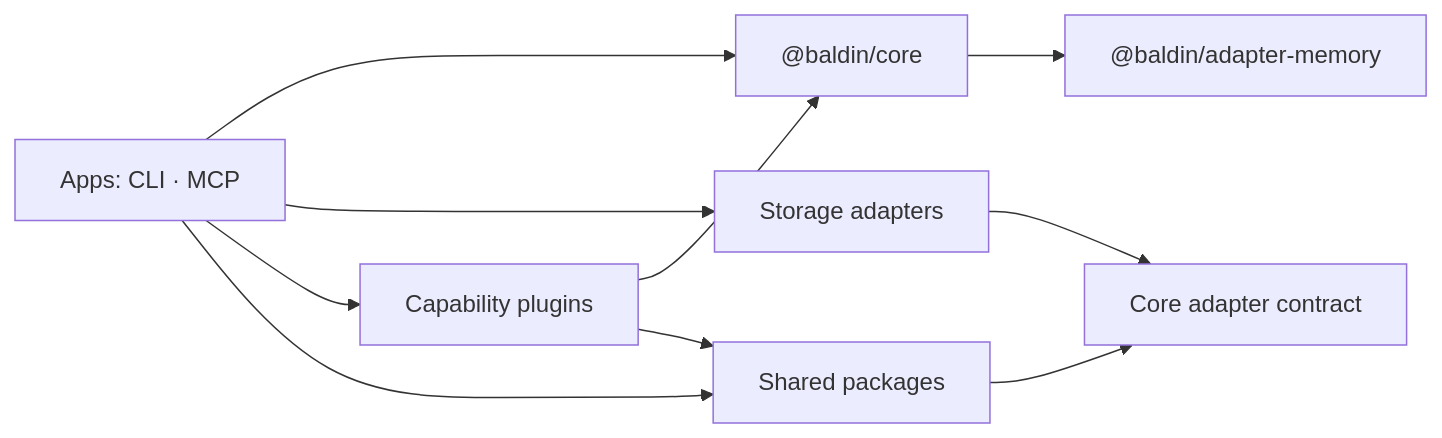
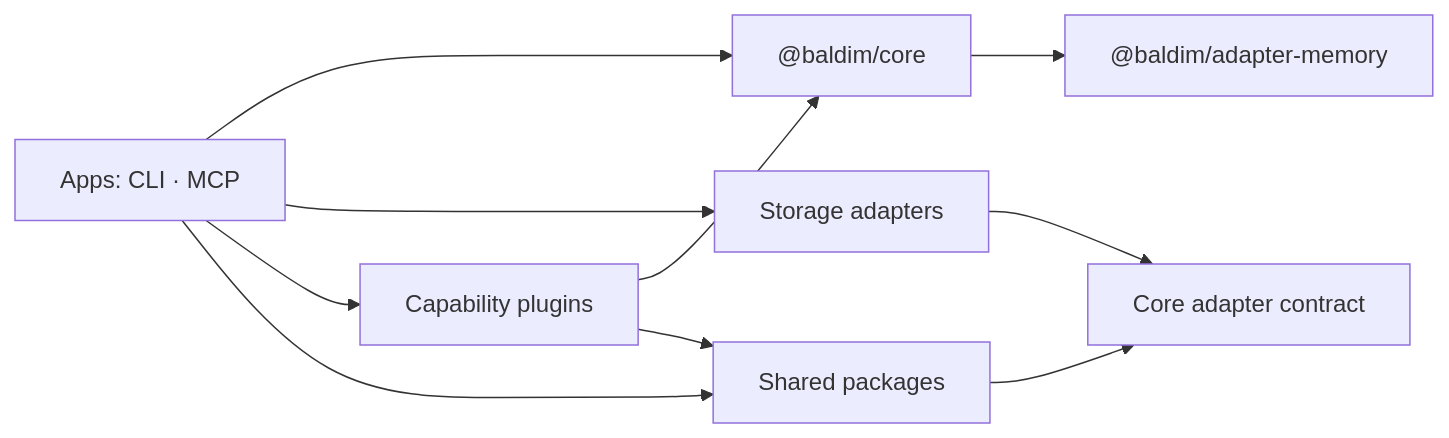
Before and after one commit to forattini-dev/baldim: the diagram in README.md, drawn with Mermaid. The commit also changed other lines of this file and 634 other files, not shown here.

````diff
--- a/README.md
+++ b/README.md
@@ -730,12 +733,12 @@
 ```mermaid
 flowchart LR
-  apps["Apps: CLI · MCP"] --> core["@baldin/core"]
+  apps["Apps: CLI · MCP"] --> core["@baldim/core"]
   apps --> adapters["Storage adapters"]
   apps --> plugins["Capability plugins"]
   apps --> packages["Shared packages"]
   plugins --> core
   plugins --> packages
   adapters --> contracts["Core adapter contract"]
   packages --> contracts
-  core --> memory["@baldin/adapter-memory"]
+  core --> memory["@baldim/adapter-memory"]
 ```
````
